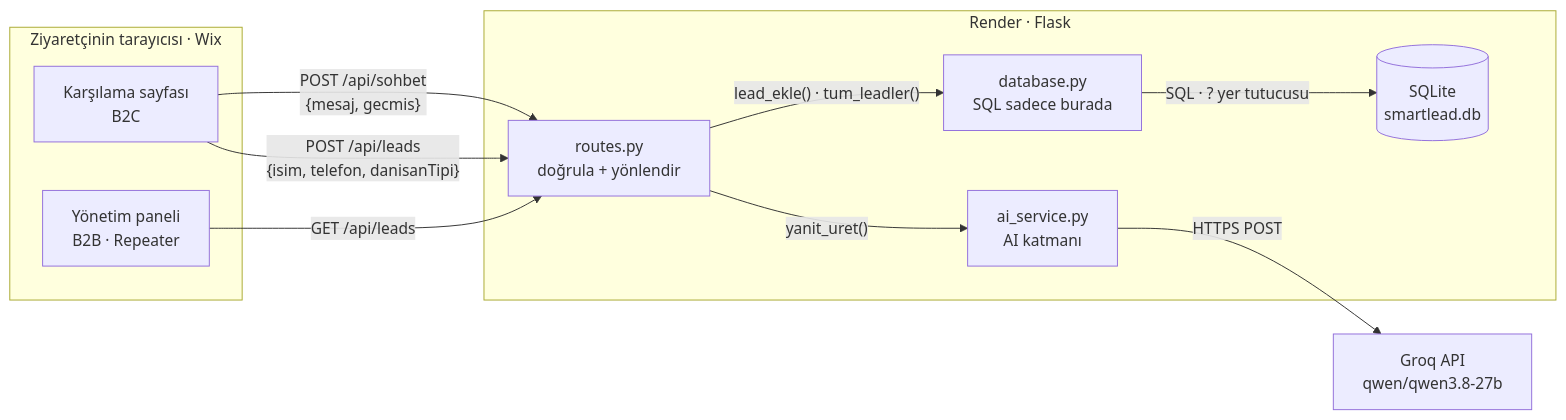
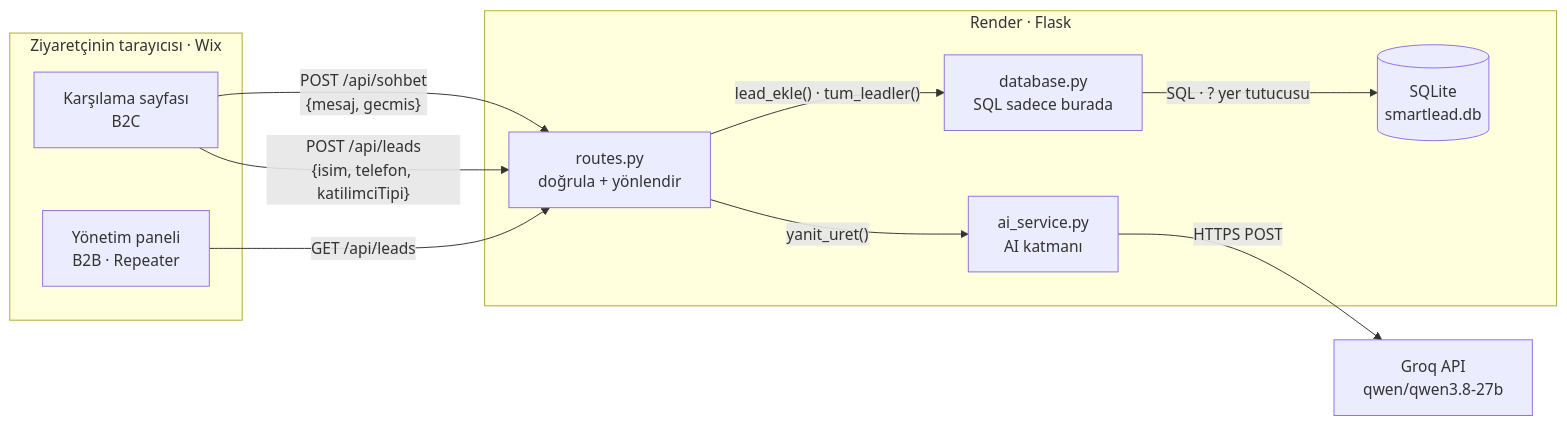
One commit to shenaykeskin97-888/sundia changed the diagram in README.md. Above: the diagram before and after it, drawn with Mermaid. The commit also changed other lines of this file and 10 other files, not shown here.

````diff
--- a/README.md
+++ b/README.md
@@ -27,24 +39,24 @@
 ```mermaid
 flowchart LR
     subgraph T["Ziyaretçinin tarayıcısı · Wix"]
         K["Karşılama sayfası<br/>B2C"]
         P["Yönetim paneli<br/>B2B · Repeater"]
     end
 
     subgraph R["Render · Flask"]
         RT["routes.py<br/>doğrula + yönlendir"]
         AI["ai_service.py<br/>AI katmanı"]
         DB["database.py<br/>SQL sadece burada"]
         SQ[("SQLite<br/>smartlead.db")]
     end
 
     G["Groq API<br/>qwen/qwen3.8-27b"]
 
     K -->|"POST /api/sohbet<br/>{mesaj, gecmis}"| RT
-    K -->|"POST /api/leads<br/>{isim, telefon, danisanTipi}"| RT
+    K -->|"POST /api/leads<br/>{isim, telefon, katilimciTipi}"| RT
     P -->|"GET /api/leads"| RT
     RT -->|"yanit_uret()"| AI
     RT -->|"lead_ekle() · tum_leadler()"| DB
     AI -->|"HTTPS POST"| G
     DB -->|"SQL · ? yer tutucusu"| SQ
 ```
````
